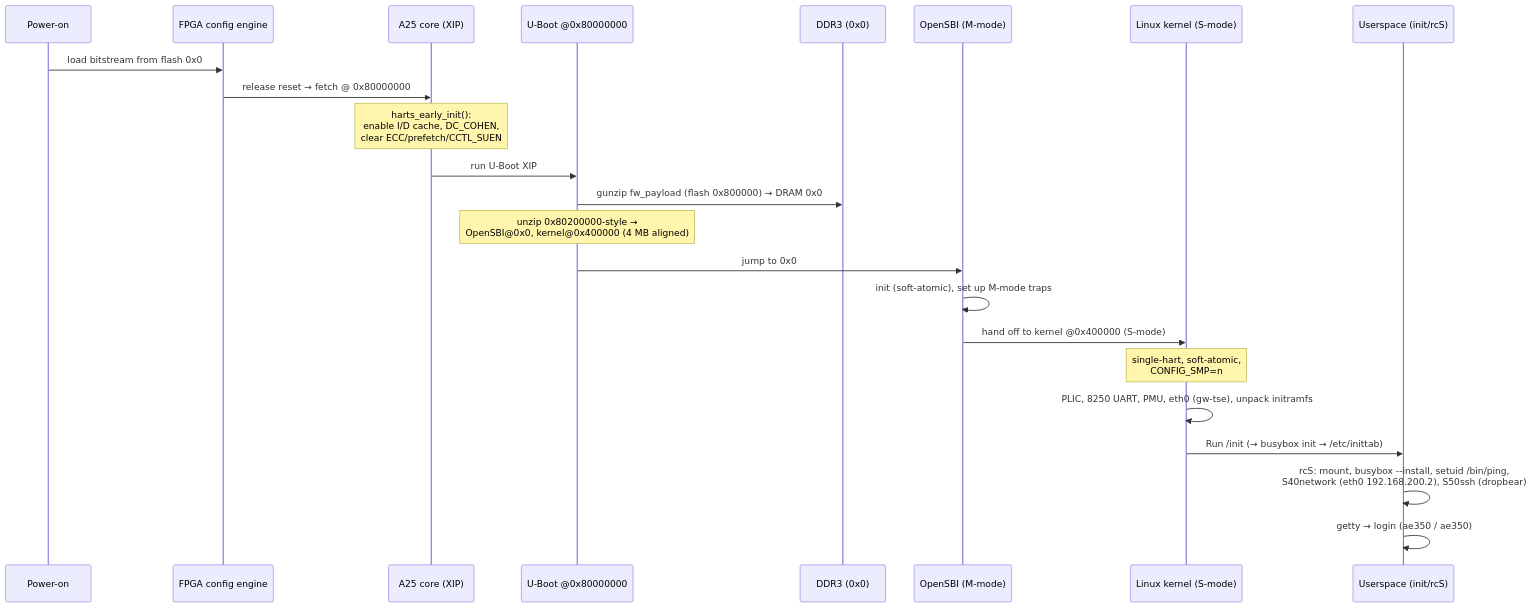
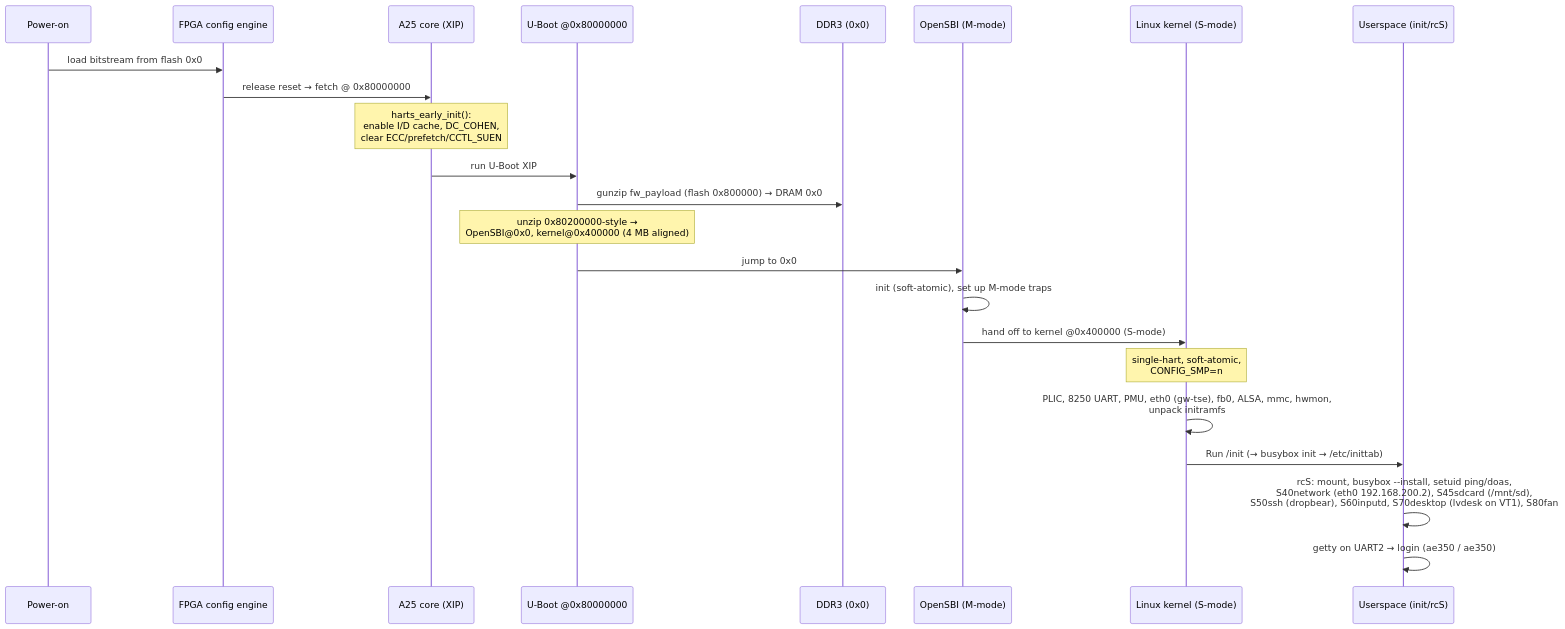
Before and after one commit to phoenix367/tang-mega-138K-Pro-demo: the second of 3 diagrams in doc/03-boot.md, drawn with Mermaid. The commit also changed other lines of this file and 7 other files, not shown here.

````diff
--- a/doc/03-boot.md
+++ b/doc/03-boot.md
@@ -29,26 +29,26 @@
 ```mermaid
 sequenceDiagram
   participant PWR as Power-on
   participant FPGA as FPGA config engine
   participant A25 as A25 core (XIP)
   participant UB as U-Boot @0x80000000
   participant DDR as DDR3 (0x0)
   participant SBI as OpenSBI (M-mode)
   participant K as Linux kernel (S-mode)
   participant US as Userspace (init/rcS)
 
   PWR->>FPGA: load bitstream from flash 0x0
   FPGA->>A25: release reset → fetch @ 0x80000000
   Note over A25: harts_early_init():<br/>enable I/D cache, DC_COHEN,<br/>clear ECC/prefetch/CCTL_SUEN
   A25->>UB: run U-Boot XIP
   UB->>DDR: gunzip fw_payload (flash 0x800000) → DRAM 0x0
   Note over UB: unzip 0x80200000-style →<br/>OpenSBI@0x0, kernel@0x400000 (4 MB aligned)
   UB->>SBI: jump to 0x0
   SBI->>SBI: init (soft-atomic), set up M-mode traps
   SBI->>K: hand off to kernel @0x400000 (S-mode)
   Note over K: single-hart, soft-atomic,<br/>CONFIG_SMP=n
-  K->>K: PLIC, 8250 UART, PMU, eth0 (gw-tse), unpack initramfs
+  K->>K: PLIC, 8250 UART, PMU, eth0 (gw-tse), fb0, ALSA, mmc, hwmon,<br/>unpack initramfs
   K->>US: Run /init  (→ busybox init → /etc/inittab)
-  US->>US: rcS: mount, busybox --install, setuid /bin/ping,<br/>S40network (eth0 192.168.200.2), S50ssh (dropbear)
-  US->>US: getty → login (ae350 / ae350)
+  US->>US: rcS: mount, busybox --install, setuid ping/doas,<br/>S40network (eth0 192.168.200.2), S45sdcard (/mnt/sd),<br/>S50ssh (dropbear), S60inputd, S70desktop (lvdesk on VT1), S80fan
+  US->>US: getty on UART2 → login (ae350 / ae350)
 ```
````
